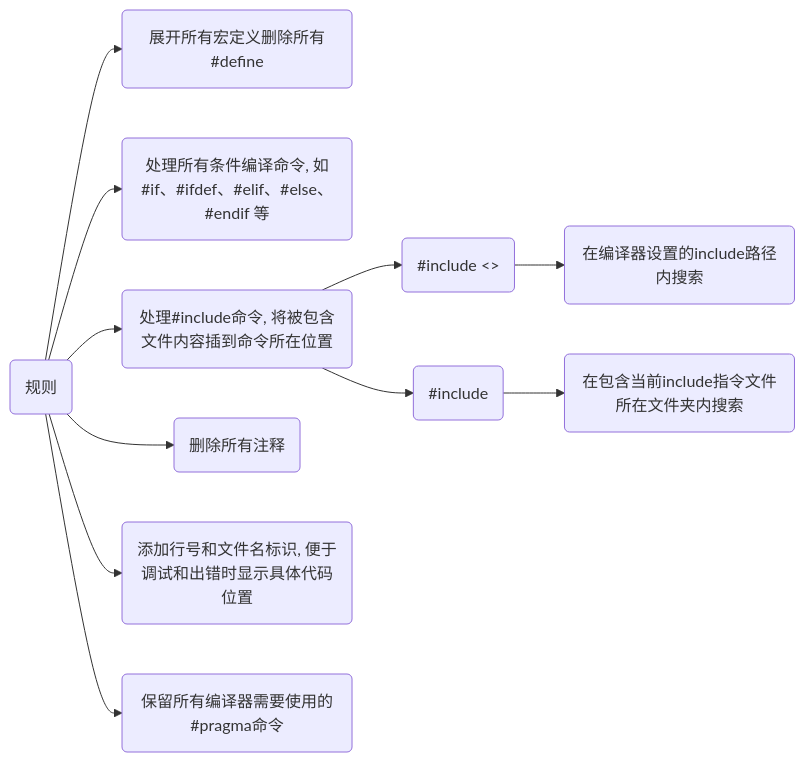
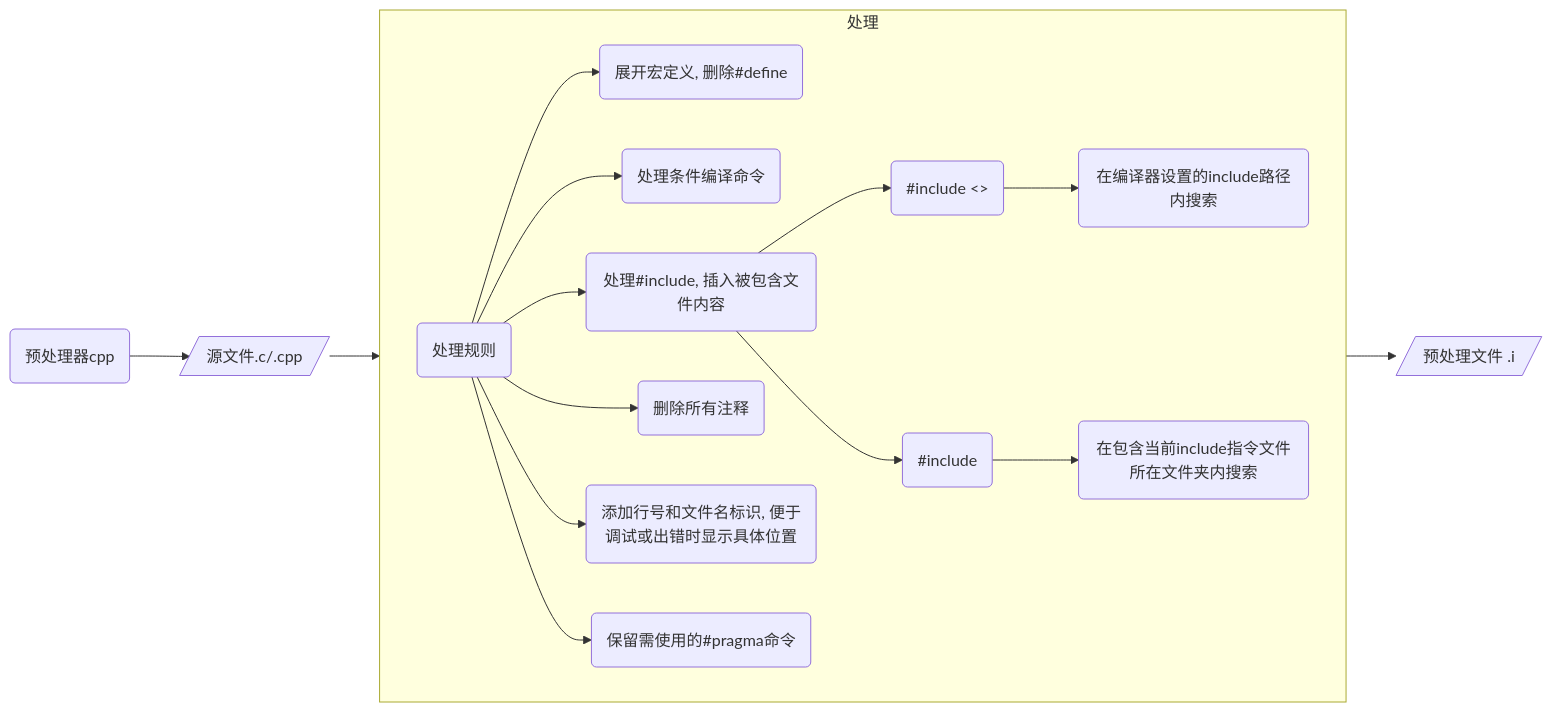
One commit to dmjcb/dmjcb.github.io changed the second of 2 diagrams in _posts/Language/C&C++/Compile/2021-06-15-编译过程.md. Above: the diagram before and after it, drawn with Mermaid. The commit also changed other lines of this file and 43 other files, not shown here.

````diff
--- a/_posts/Language/C&C++/Compile/2021-06-15-编译过程.md
+++ b/_posts/Language/C&C++/Compile/2021-06-15-编译过程.md
@@ -63,12 +33,24 @@
 ```mermaid
 graph LR;
-    A(规则)
-    A --> B(展开所有宏定义删除所有#define)
-    A --> C(处理所有条件编译命令, 如#if、#ifdef、#elif、#else、#endif 等)
-    A --> D(处理#include命令, 将被包含文件内容插到命令所在位置)
-        D --> D1(#include <>) --> D11(在编译器设置的include路径内搜索)
-        D --> D2(#include "") --> D21(在包含当前include指令文件所在文件夹内搜索)
-    A --> E(删除所有注释)
-    A --> F(添加行号和文件名标识, 便于调试和出错时显示具体代码位置)
-    A --> G(保留所有编译器需要使用的#pragma命令)
+    X(预处理器cpp)
+
+    P[/源文件.c/.cpp/]
+
+    I[/预处理文件 .i/]
+
+    subgraph 处理
+        direction LR
+        A(处理规则)
+            A --> B(展开宏定义, 删除#define)
+            A --> C(处理条件编译命令)
+            A --> D(处理#include, 插入被包含文件内容)
+                D --> D1(#include <>) --> D11(在编译器设置的include路径内搜索)
+                D --> D2(#include "") --> D21(在包含当前include指令文件所在文件夹内搜索)
+            A --> E(删除所有注释)
+            A --> F(添加行号和文件名标识, 便于调试或出错时显示具体位置)
+            A --> G(保留需使用的#pragma命令)
+    end
+
+    X --> P --> A 
+    处理 --> I
 ```
````
